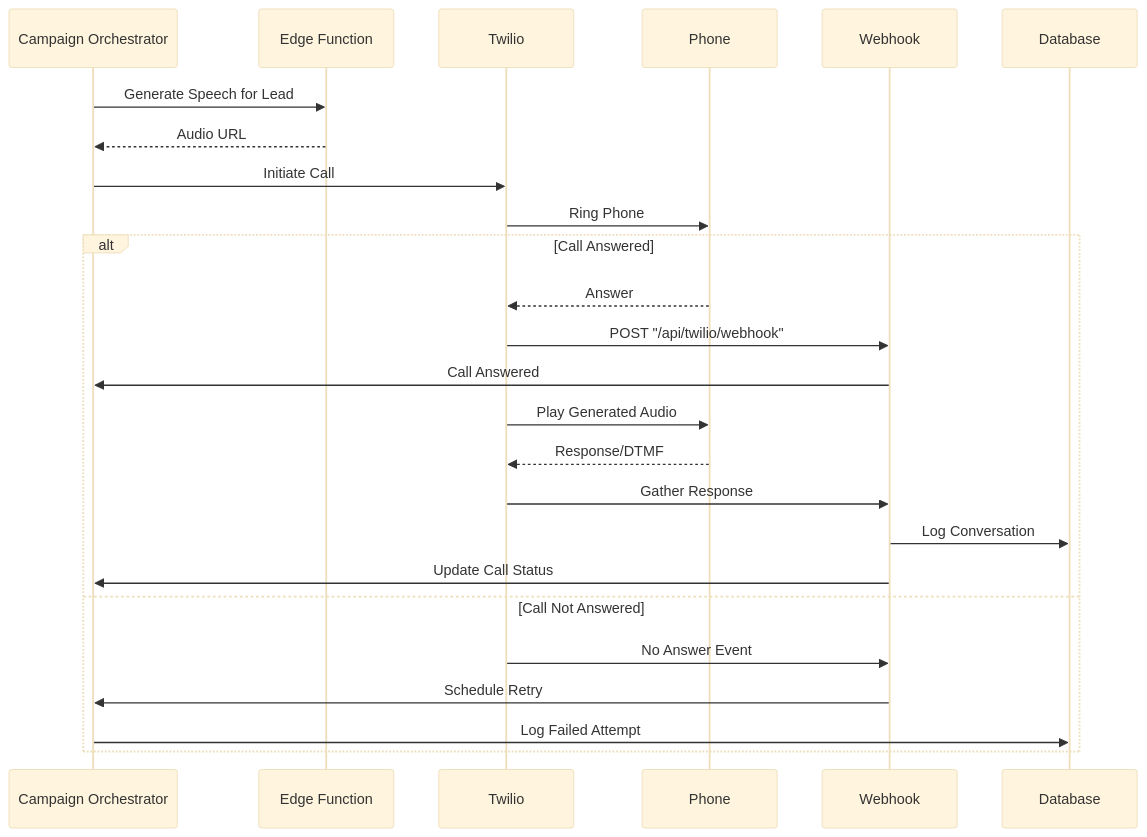
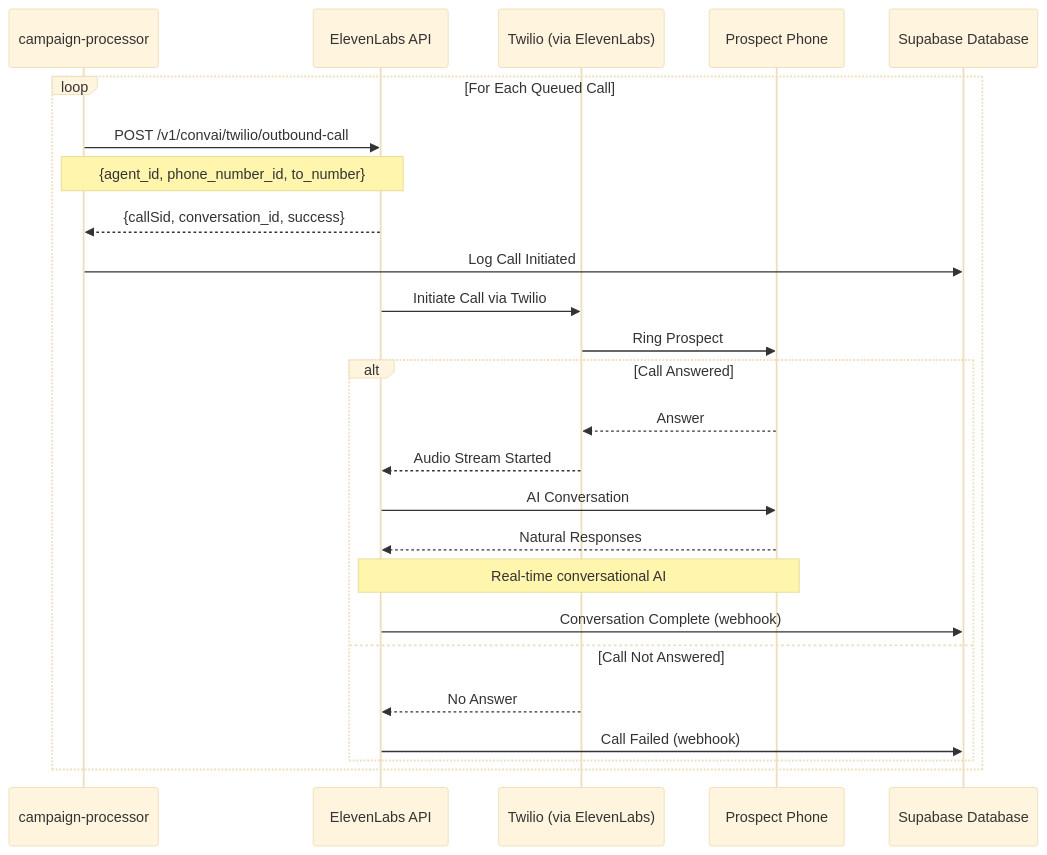
Before and after one commit to callhenk/henk: the fourth of 13 diagrams in docs/elevenlabs-architecture.md, drawn with Mermaid (base theme). The commit also changed other lines of this file, not shown here.

First line of the commit message:
Revise ElevenLabs architecture documentation to reflect simplified outbound campaign design

````diff
--- a/docs/elevenlabs-architecture.md
+++ b/docs/elevenlabs-architecture.md
@@ -175,29 +126,30 @@
 ```mermaid
 sequenceDiagram
-    participant O as Campaign Orchestrator
-    participant E as Edge Function
-    participant T as Twilio
-    participant P as Phone
-    participant W as Webhook
-    participant DB as Database
+    participant SF as campaign-processor
+    participant EL as ElevenLabs API
+    participant T as Twilio (via ElevenLabs)
+    participant P as Prospect Phone
+    participant DB as Supabase Database
 
-    O->>E: Generate Speech for Lead
-    E-->>O: Audio URL
-    O->>T: Initiate Call
-    T->>P: Ring Phone
+    loop For Each Queued Call
+        SF->>EL: POST /v1/convai/twilio/outbound-call
+        Note over SF,EL: {agent_id, phone_number_id, to_number}
+        EL-->>SF: {callSid, conversation_id, success}
+        SF->>DB: Log Call Initiated
 
-    alt Call Answered
-        P-->>T: Answer
-        T->>W: POST "/api/twilio/webhook"
-        W->>O: Call Answered
-        T->>P: Play Generated Audio
-        P-->>T: Response/DTMF
-        T->>W: Gather Response
-        W->>DB: Log Conversation
-        W->>O: Update Call Status
-    else Call Not Answered
-        T->>W: No Answer Event
-        W->>O: Schedule Retry
-        O->>DB: Log Failed Attempt
+        EL->>T: Initiate Call via Twilio
+        T->>P: Ring Prospect
+
+        alt Call Answered
+            P-->>T: Answer
+            T-->>EL: Audio Stream Started
+            EL->>P: AI Conversation
+            P-->>EL: Natural Responses
+            Note over EL,P: Real-time conversational AI
+            EL->>DB: Conversation Complete (webhook)
+        else Call Not Answered
+            T-->>EL: No Answer
+            EL->>DB: Call Failed (webhook)
+        end
     end
 ```
````
